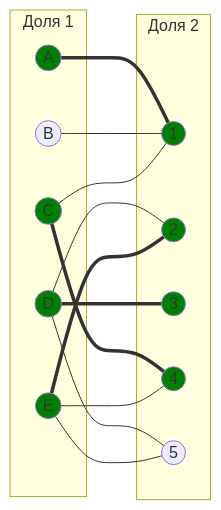
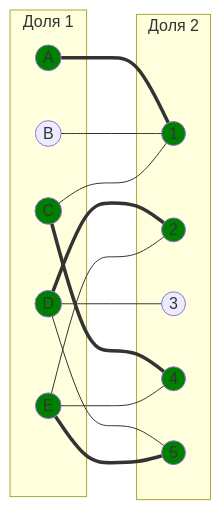
The sixth of 10 diagrams in Задание 8/NEXUS.md (algos-ris-24-5/manual-tasks), drawn with Mermaid before and after one commit. The commit also changed other lines of this file, not shown here.

````diff
--- a/Задание 8/NEXUS.md
+++ b/Задание 8/NEXUS.md
@@ -232,36 +223,36 @@
 ```mermaid
 graph LR
     subgraph "Доля 1"
         A((A))
         B((B))
         C((C))
         D((D))
         E((E))
     end
     subgraph "Доля 2"
         1((1))
         2((2))
         3((3))
         4((4))
         5((5))
     end
     A === 1
     B --- 1
     C --- 1
     C === 4
-    D --- 2
-    D === 3
+    D === 2
+    D --- 3
     D --- 5
-    E === 2
+    E --- 2
     E --- 4
-    E --- 5
+    E === 5
     
     style A fill:#008000
     style C fill:#008000
     style D fill:#008000
     style E fill:#008000
     style 1 fill:#008000
     style 2 fill:#008000
-    style 3 fill:#008000
     style 4 fill:#008000
+    style 5 fill:#008000
 ```
````
